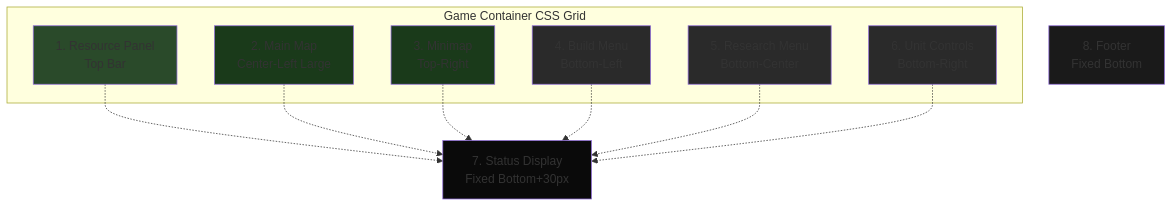
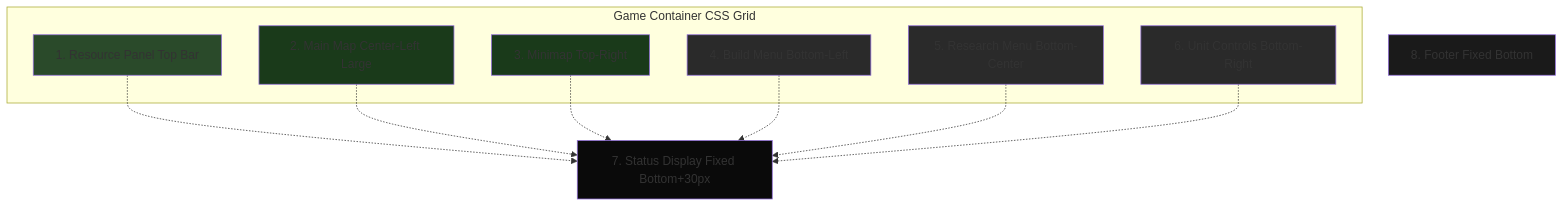
One commit to softwarewrighter/rts_mock changed the first of 9 diagrams in wiki/Components.md. Above: the diagram before and after it, drawn with Mermaid. The commit also changed other lines of this file and 5 other files, not shown here.

First line of the commit message:
Fix wiki Mermaid diagrams: remove <br/> tags

````diff
--- a/wiki/Components.md
+++ b/wiki/Components.md
@@ -9,30 +9,30 @@
 ```mermaid
 graph TB
     subgraph "Game Container CSS Grid"
-        RES[1. Resource Panel<br/>Top Bar]
-        MAP[2. Main Map<br/>Center-Left Large]
-        MINI[3. Minimap<br/>Top-Right]
-        BUILD[4. Build Menu<br/>Bottom-Left]
-        RSRCH[5. Research Menu<br/>Bottom-Center]
-        CTRL[6. Unit Controls<br/>Bottom-Right]
+        RES[1. Resource Panel Top Bar]
+        MAP[2. Main Map Center-Left Large]
+        MINI[3. Minimap Top-Right]
+        BUILD[4. Build Menu Bottom-Left]
+        RSRCH[5. Research Menu Bottom-Center]
+        CTRL[6. Unit Controls Bottom-Right]
     end
 
-    STATUS[7. Status Display<br/>Fixed Bottom+30px]
-    FOOTER[8. Footer<br/>Fixed Bottom]
+    STATUS[7. Status Display Fixed Bottom+30px]
+    FOOTER[8. Footer Fixed Bottom]
 
     RES -.-> STATUS
     MAP -.-> STATUS
     MINI -.-> STATUS
     BUILD -.-> STATUS
     RSRCH -.-> STATUS
     CTRL -.-> STATUS
 
     style RES fill:#2a4a2a
     style MAP fill:#1a3a1a
     style MINI fill:#1a3a1a
     style BUILD fill:#2a2a2a
     style RSRCH fill:#2a2a2a
     style CTRL fill:#2a2a2a
     style STATUS fill:#0a0a0a
     style FOOTER fill:#1a1a1a
 ```
````
